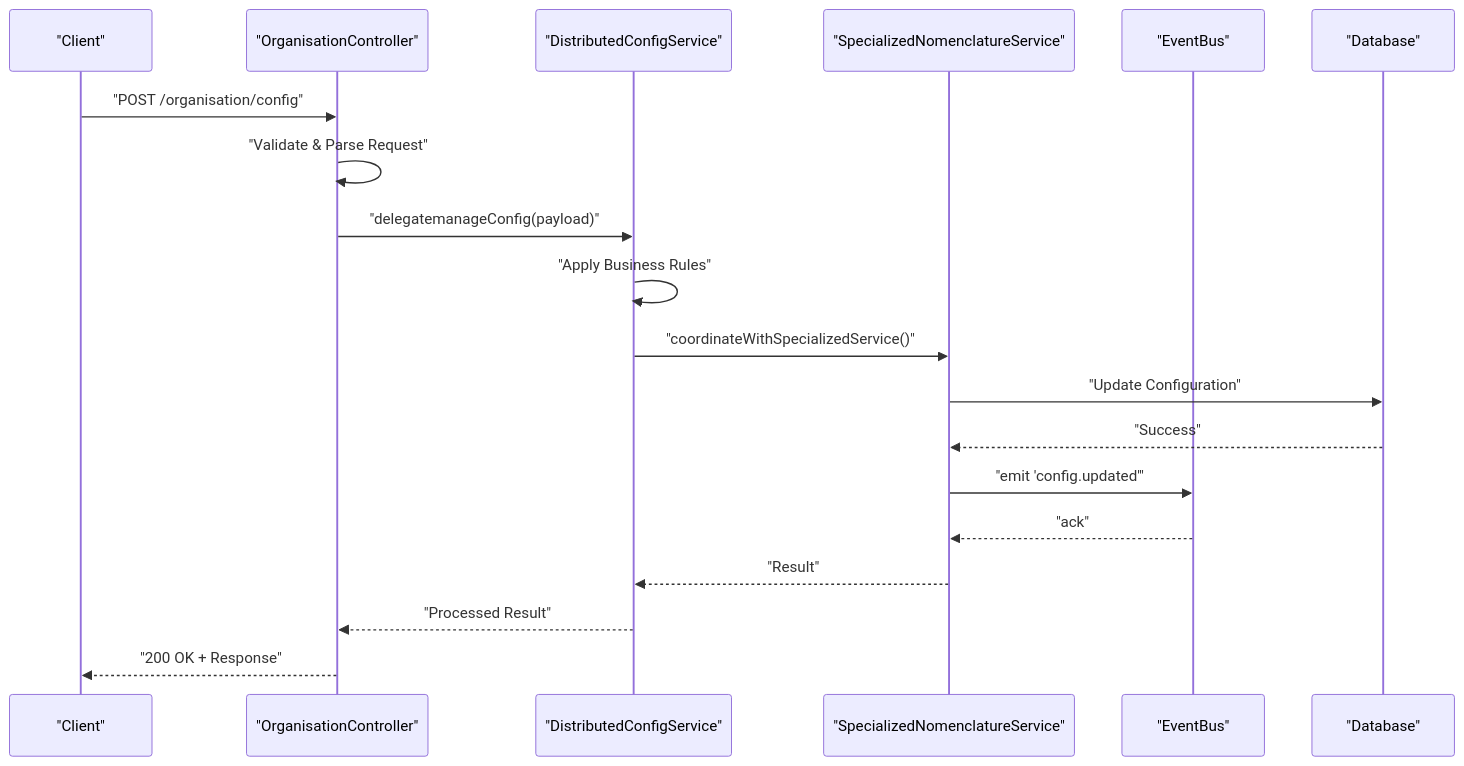
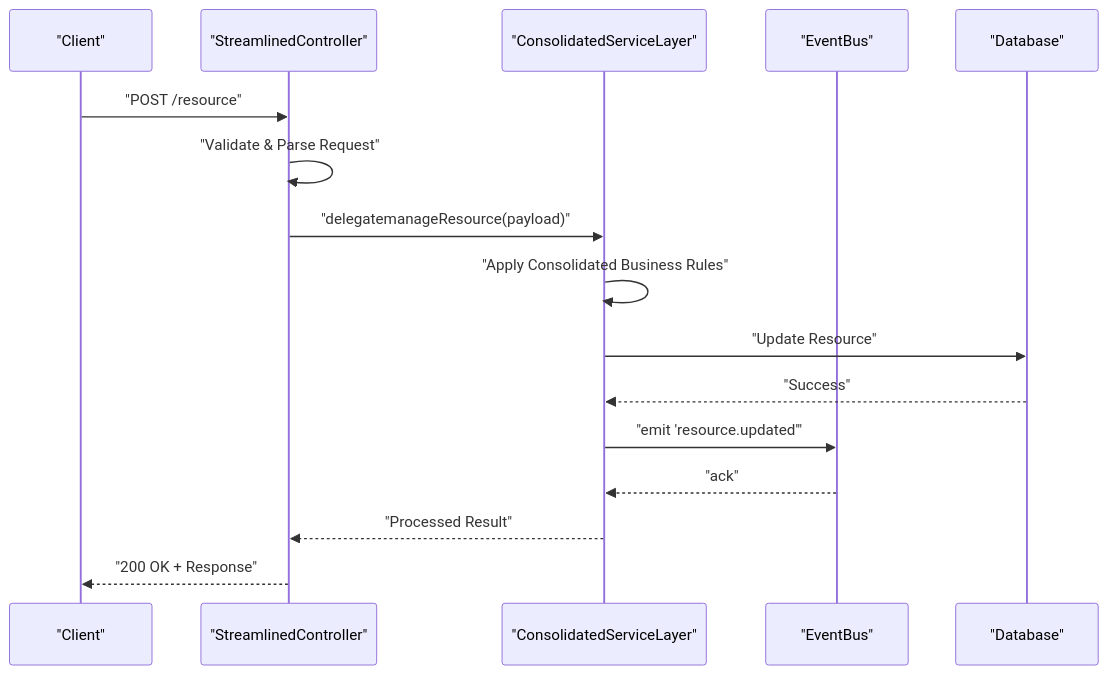
The sixth of 19 diagrams in .qoder/repowiki/en/content/System Architecture/Backend Architecture/Backend Architecture.md (franckylab/eLISAschool), drawn with Mermaid before and after one commit. The commit also changed other lines of this file and 97 other files, not shown here.

````diff
--- a/.qoder/repowiki/en/content/System Architecture/Backend Architecture/Backend Architecture.md
+++ b/.qoder/repowiki/en/content/System Architecture/Backend Architecture/Backend Architecture.md
@@ -303,21 +386,18 @@
 ```mermaid
 sequenceDiagram
 participant Client as "Client"
-participant Controller as "OrganisationController"
-participant ConfigService as "DistributedConfigService"
-participant NomenclatureSvc as "SpecializedNomenclatureService"
+participant Controller as "StreamlinedController"
+participant ServiceLayer as "ConsolidatedServiceLayer"
 participant EventBus as "EventBus"
 participant DB as "Database"
-Client->>Controller : "POST /organisation/config"
+Client->>Controller : "POST /resource"
 Controller->>Controller : "Validate & Parse Request"
-Controller->>ConfigService : "delegatemanageConfig(payload)"
-ConfigService->>ConfigService : "Apply Business Rules"
-ConfigService->>NomenclatureSvc : "coordinateWithSpecializedService()"
-NomenclatureSvc->>DB : "Update Configuration"
-DB-->>NomenclatureSvc : "Success"
-NomenclatureSvc->>EventBus : "emit 'config.updated'"
-EventBus-->>NomenclatureSvc : "ack"
-NomenclatureSvc-->>ConfigService : "Result"
-ConfigService-->>Controller : "Processed Result"
+Controller->>ServiceLayer : "delegatemanageResource(payload)"
+ServiceLayer->>ServiceLayer : "Apply Consolidated Business Rules"
+ServiceLayer->>DB : "Update Resource"
+DB-->>ServiceLayer : "Success"
+ServiceLayer->>EventBus : "emit 'resource.updated'"
+EventBus-->>ServiceLayer : "ack"
+ServiceLayer-->>Controller : "Processed Result"
 Controller-->>Client : "200 OK + Response"
 ```
````
